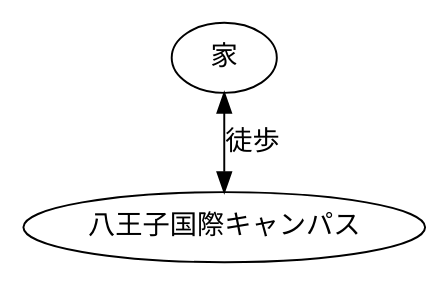
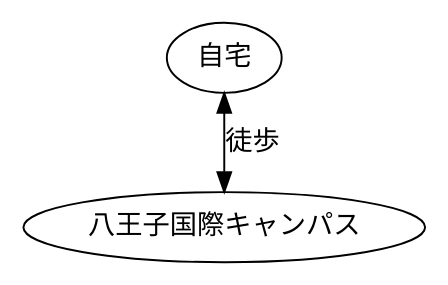
One commit to DCS-1-301-02-2025/cl-group-b12 changed the diagram in route04.md. Above: the diagram before and after it, drawn with Graphviz.

Commit message:
李の経路

````diff
--- a/route04.md
+++ b/route04.md
@@ -5,7 +5,8 @@
 ```graphviz
 digraph {
     edge [dir=both]
 
-    家 -> 八王子国際キャンパス [label=徒歩]
+
+    自宅 -> 八王子国際キャンパス [label=徒歩]
 }
 ```
````
